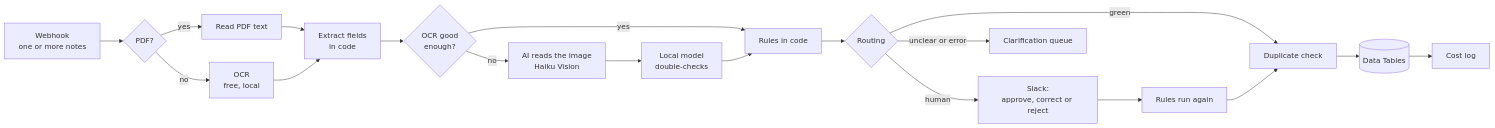
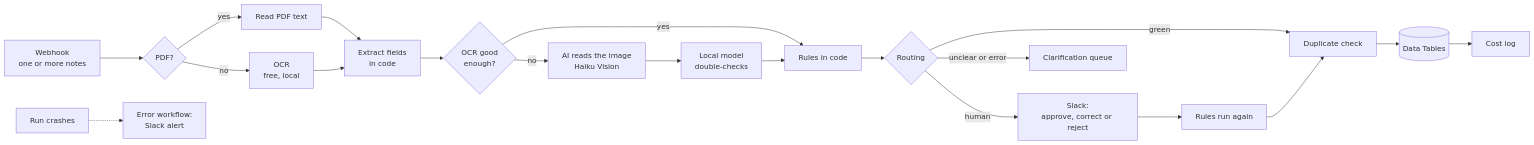
The diagram in workflows/mini-idp-schmidt/README.md (markus-piljanovic/automation-portfolio), drawn with Mermaid before and after one commit. The commit also changed other lines of this file and 2 other files, not shown here.

Commit message:
Add Mini-IDP error workflow, update READMEs

````diff
--- a/workflows/mini-idp-schmidt/README.md
+++ b/workflows/mini-idp-schmidt/README.md
@@ -18,21 +18,22 @@
 ```mermaid
 flowchart LR
     A[Webhook<br/>one or more notes] --> B{PDF?}
     B -- yes --> C[Read PDF text]
     B -- no --> D[OCR<br/>free, local]
     C --> E[Extract fields<br/>in code]
     D --> E
     E --> F{OCR good<br/>enough?}
     F -- no --> G[AI reads the image<br/>Haiku Vision]
     G --> H[Local model<br/>double-checks]
     F -- yes --> I[Rules in code]
     H --> I
     I --> J{Routing}
     J -- green --> K[Duplicate check]
     J -- human --> L[Slack:<br/>approve, correct or reject]
     J -- unclear or error --> M[Clarification queue]
     L --> N[Rules run again]
     N --> K
     K --> O[(Data Tables)]
     O --> P[Cost log]
+    Q[Run crashes] -.-> R[Error workflow:<br/>Slack alert]
 ```
````
